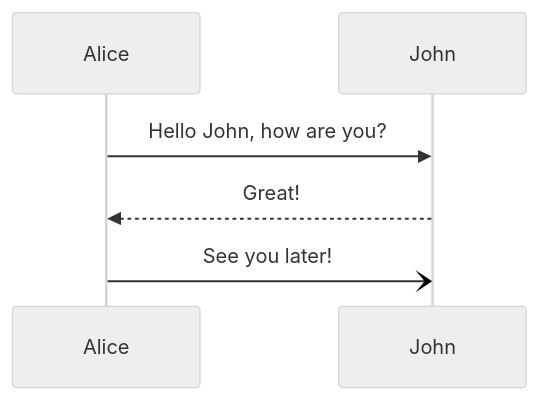
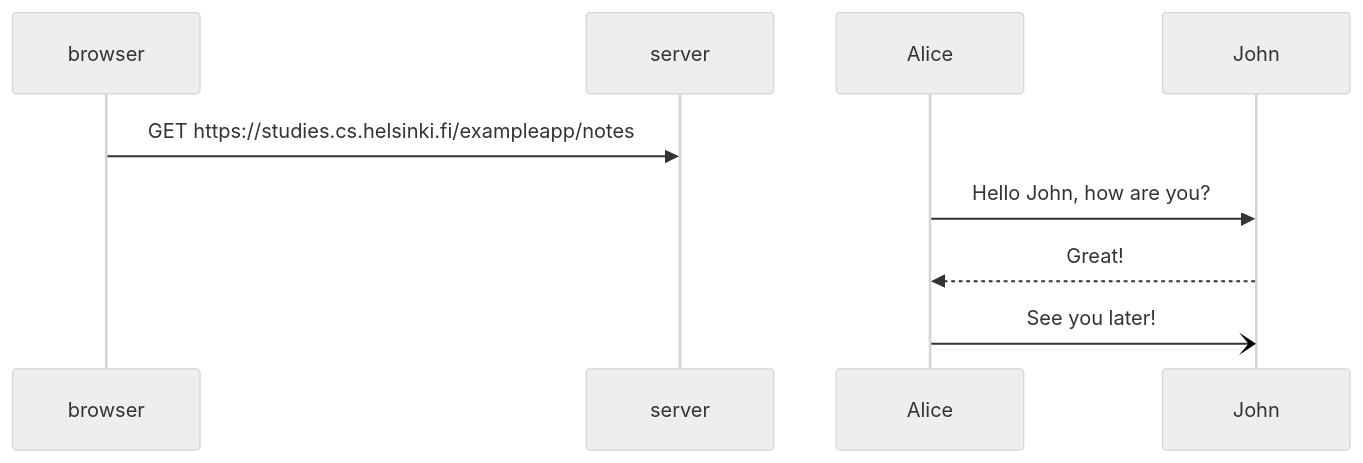
The diagram in osa0/README.md (JuhKukko/fullstack-helsinki-university), drawn with Mermaid (neutral theme) before and after one commit.

````diff
--- a/osa0/README.md
+++ b/osa0/README.md
@@ -3,6 +3,11 @@
 ```mermaid
 sequenceDiagram
+    participant browser
+    participant server
+    
+    browser->>server: GET https://studies.cs.helsinki.fi/exampleapp/notes
+
     Alice->>John: Hello John, how are you?
     John-->>Alice: Great!
     Alice-)John: See you later!
 ```
````
